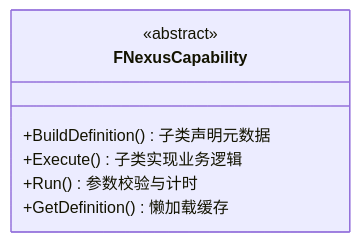
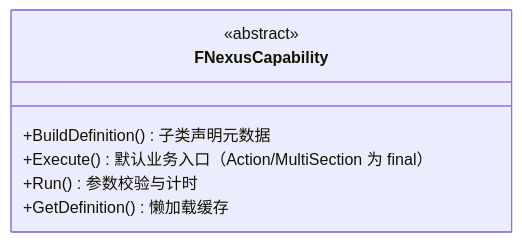
Before and after one commit to bytepine/NexusLink: the second of 6 diagrams in docs/architecture.md, drawn with Mermaid. The commit also changed other lines of this file and 3 other files, not shown here.

Commit message:
docs(mcp): README/architecture 开发路径对齐 ActionCapability

````diff
--- a/docs/architecture.md
+++ b/docs/architecture.md
@@ -59,10 +59,10 @@
 ```mermaid
 classDiagram
     class FNexusCapability {
         <<abstract>>
         +BuildDefinition() 子类声明元数据
-        +Execute() 子类实现业务逻辑
+        +Execute() 默认业务入口（Action/MultiSection 为 final）
         +Run() 参数校验与计时
         +GetDefinition() 懒加载缓存
     }
 ```
````
